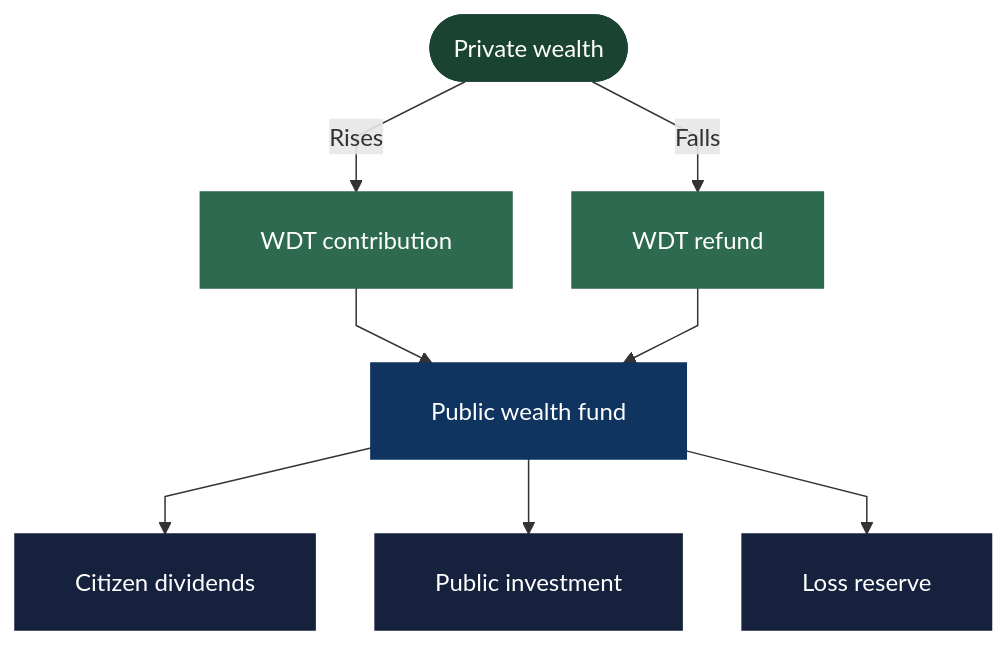
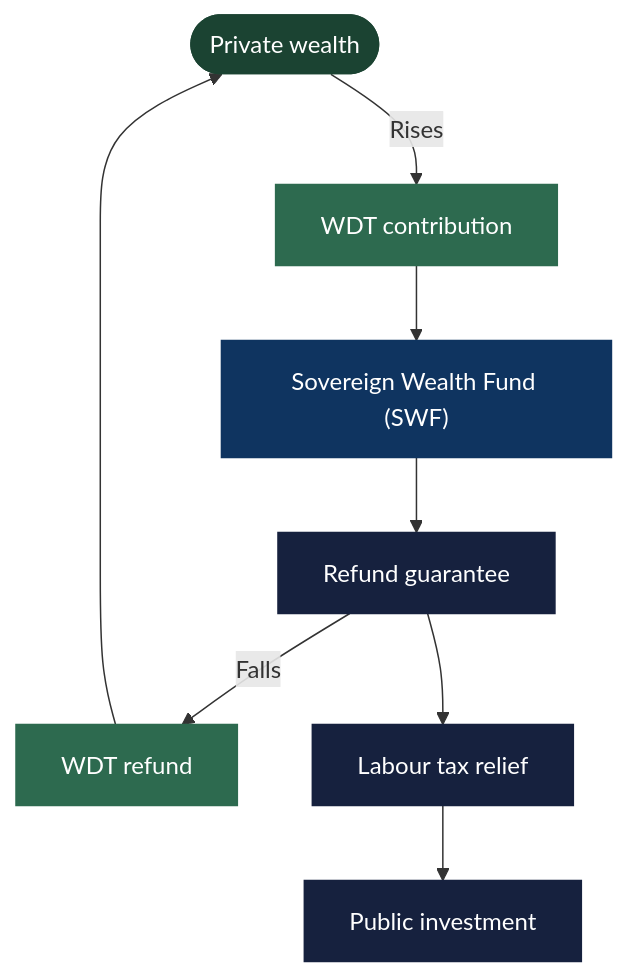
Before and after one commit to wealthdeltatax/WealthDeltaTax: the diagram in site/diagrams/260812_WDT_Bidirectional_LR.mmd, drawn with Mermaid.

Commit message:
Updated Core WDT loop

```diff
--- a/site/diagrams/260812_WDT_Bidirectional_LR.mmd
+++ b/site/diagrams/260812_WDT_Bidirectional_LR.mmd
@@ -1,33 +1,33 @@
-%%{init: {
-  "flowchart": {
+%%{init: {}}
+  "flowchart": {}
     "nodeSpacing": 40,
     "rankSpacing": 50,
     "padding": 20,
     "htmlLabels": true,
     "useMaxWidth": true,
     "curve": "linear"
   },
-  "themeVariables": {
+  "themeVariables": {}
     "fontSize": "16px",
     "fontFamily": "Arial, sans-serif"
   }
 }}%%
 
 flowchart TD
 
 classDef wealth  fill:#1b4332,stroke:#1b4332,color:#fff
 classDef move    fill:#2d6a4f,stroke:#2d6a4f,color:#fff
 classDef fund    fill:#0f3460,stroke:#0f3460,color:#fff
 classDef out     fill:#16213e,stroke:#16213e,color:#fff
 
 WEALTH([Private wealth]):::wealth
 
 WEALTH -->|Rises| CONTRIB[WDT contribution]:::move
-WEALTH -->|Falls| REFUND[WDT refund]:::move
 
-CONTRIB --> FUND[Public wealth fund]:::fund
-REFUND  --> FUND
+CONTRIB --> FUND["Sovereign Wealth Fund (SWF)"]:::fund
 
-FUND --> DIV[Citizen dividends]:::out
-FUND --> INV[Public investment]:::out
-FUND --> RES[Loss reserve]:::out
+FUND --> RES[Refund guarantee]:::out
+RES  -->|Falls| REFUND[WDT refund]:::move
+REFUND  --> WEALTH
+RES  --> DIV[Labour tax relief]:::out
+DIV  --> INV[Public investment]:::out
```
